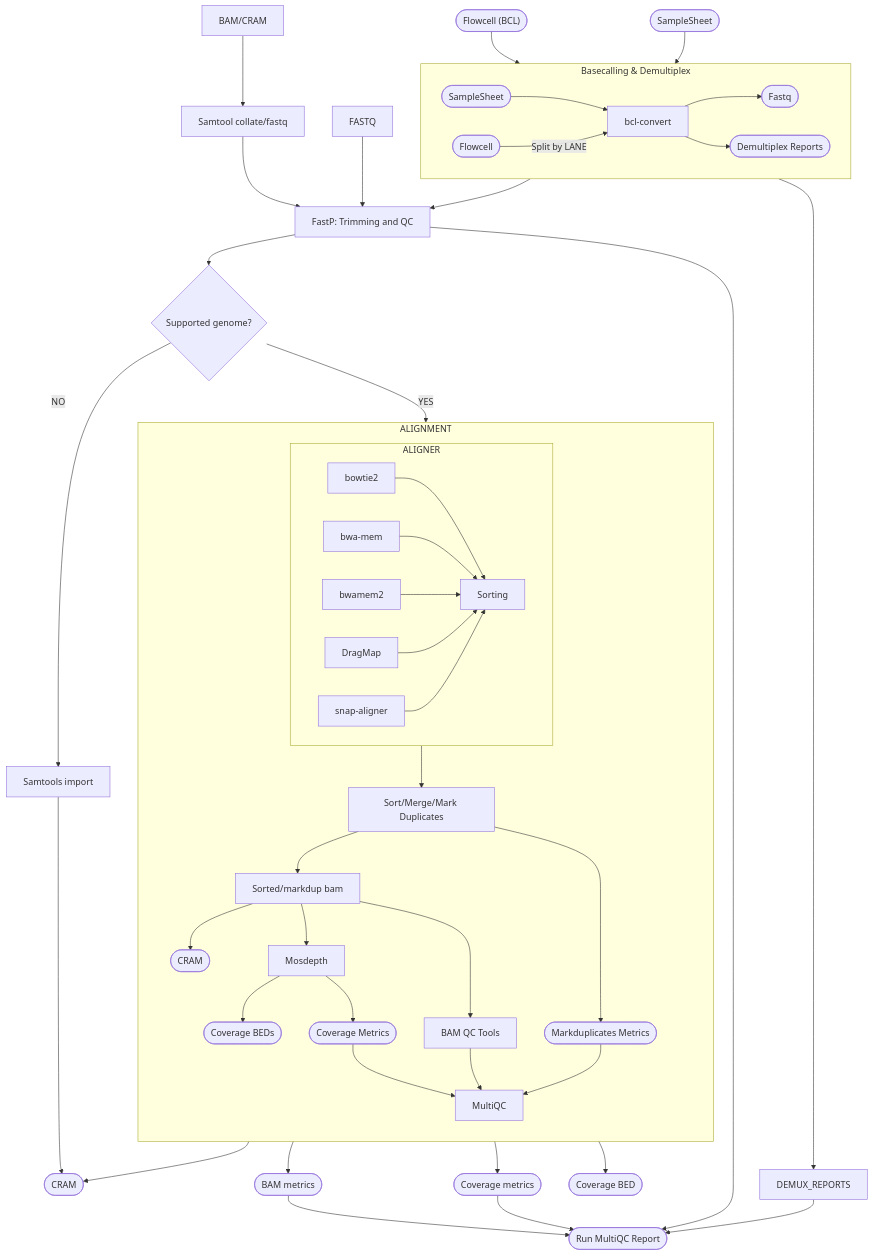
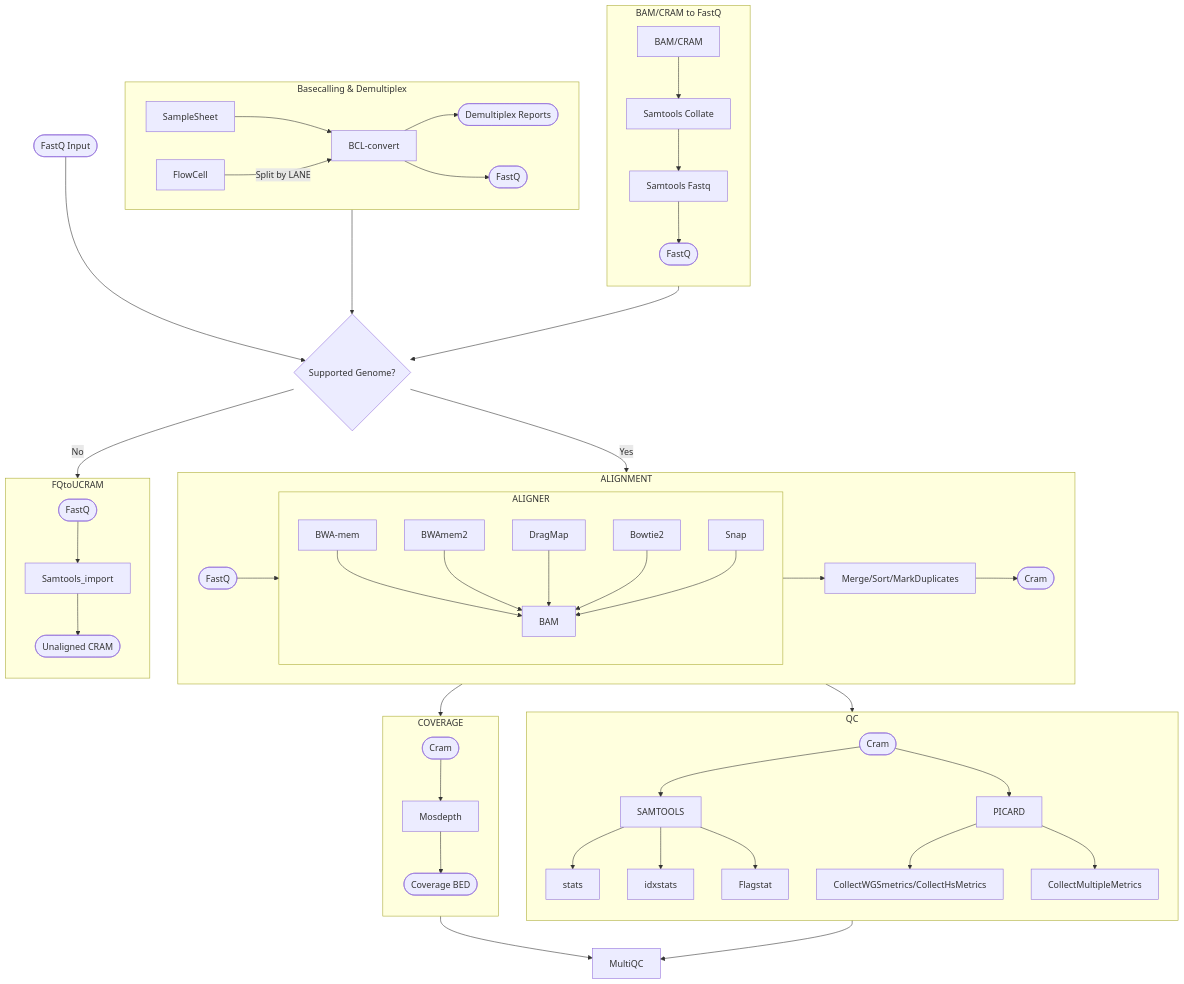
One commit to nf-cmgg/preprocessing changed the diagram in README.md. Above: the diagram before and after it, drawn with Mermaid.

Commit message:
Update flowchart

````diff
--- a/README.md
+++ b/README.md
@@ -50,51 +50,62 @@
 ```mermaid
 
 flowchart TB
 
-FC(["Flowcell (BCL)"])                          --> DEMULTIPLEX
-SS([SampleSheet])                               --> DEMULTIPLEX
-
 subgraph DEMULTIPLEX[Basecalling & Demultiplex]
     direction LR
-    SAMPLESHEET([SampleSheet])                  --> BCLCONVERT[bcl-convert]
-    FLOWCELL([Flowcell])                        --Split by LANE--> BCLCONVERT[bcl-convert]
-    BCLCONVERT                                  --> DEMUX_FASTQ([Fastq])
-    BCLCONVERT                                  --> DEMULTIPLEX_STATS([Demultiplex Reports])
+    SampleSheet --> BCL-convert
+    FlowCell    --Split by LANE--> BCL-convert
+    BCL-convert --> DEMULTIPLEX_STATS([Demultiplex Reports])
+    BCL-convert --> DEMUX_FASTQ([FastQ])
 end
 
-DEMULTIPLEX                                     --> FASTP[FastP: Trimming and QC]
-DEMULTIPLEX                                     --> DEMUX_REPORTS
-FASTQ                                           --> FASTP
-BAM/CRAM                                        --> BAMTOFASTQ[Samtool collate/fastq]
-BAMTOFASTQ                                      --> FASTP
-FASTP                                           --> IS_HUMAN{Supported genome?}
-IS_HUMAN                                        --YES--> ALIGNMENT
-IS_HUMAN                                        --NO--> FASTQTOSAM
-FASTQTOSAM[Samtools import]                     --> A_CRAM
+subgraph DEALIGNMENT[BAM/CRAM to FastQ]
+  direction TB
+  BAM/CRAM --> SAMTOOLS_COLLATE[Samtools Collate] --> SAMTOOLS_FASTQ[Samtools Fastq] --> DEALIGNED_FASTQ([FastQ])
+end
 
 subgraph ALIGNMENT
-    direction TB
-
+    direction LR
     subgraph ALIGNER
-        direction LR
-        BOWTIE2[bowtie2] & BWA[bwa-mem] & BWAMEM2[bwamem2] & DRAGMAP[DragMap] & SNAP[snap-aligner] --> SORT[Sorting]
+      direction TB
+      BWA-mem --> BAM
+      BWAmem2 --> BAM
+      DragMap --> BAM
+      Bowtie2 --> BAM
+      Snap    --> BAM
     end
-
-    ALIGNER --> SORTMARKDUP[Sort/Merge/Mark Duplicates]
-    SORTMARKDUP                                 --> SORTBAM[Sorted/markdup bam] & MARKDUP_METRICS([Markduplicates Metrics])
-    SORTBAM                                     -->  ALN_CRAM([CRAM]) & MOSDEPTH[Mosdepth] & BAMQC[BAM QC Tools]
-    MOSDEPTH                                    -->  COVERAGE_BED([Coverage BEDs]) & COVERAGE_METRICS([Coverage Metrics])
-    BAMQC & MARKDUP_METRICS & COVERAGE_METRICS  -->  ALN_MULTIQC[MultiQC]
+    FQ_TO_ALIGN([FastQ]) --> ALIGNER
+    ALIGNER --> Merge/Sort/MarkDuplicates --> Cram([Cram])
 end
 
-ALIGNMENT                                       --> A_CRAM([CRAM])
-ALIGNMENT                                       --> A_BAM_METRICS([BAM metrics])
-ALIGNMENT                                       --> A_COVERAGE_METRICS([Coverage metrics])
-ALIGNMENT                                       --> A_COVERAGE_BED([Coverage BED])
+subgraph FQtoUCRAM
+    direction TB
+    FQ_TO_CONVERT([FastQ])
+    --> Samtools_import
+    --> Unaligned_CRAM([Unaligned CRAM])
+end
 
-A_BAM_METRICS                                   --> MQC([Run MultiQC Report])
-A_COVERAGE_METRICS                              --> MQC
-FASTP                                           --> MQC
-DEMUX_REPORTS                                   --> MQC
+subgraph QC
+    direction TB
+    CRAM_TO_QC([Cram]) --> SAMTOOLS --> stats & idxstats & Flagstat
+    CRAM_TO_QC --> PICARD --> CollectWGSmetrics/CollectHsMetrics & CollectMultipleMetrics
+end
+
+subgraph COVERAGE
+    direction TB
+    CRAM_TO_COVERAGE([Cram]) --> Mosdepth --> BED([Coverage BED])
+end
+
+FQ_INPUT([FastQ Input]) --> SUPPORTED{Supported Genome?}
+DEMULTIPLEX --> SUPPORTED{Supported Genome?}
+DEALIGNMENT --> SUPPORTED{Supported Genome?}
+
+SUPPORTED{Supported Genome?} --> |Yes| ALIGNMENT
+SUPPORTED{Supported Genome?} --> |No| FQtoUCRAM
+
+ALIGNMENT --> QC
+ALIGNMENT --> COVERAGE
+COVERAGE --> MQC[MultiQC]
+QC --> MQC
 
 ```
````
